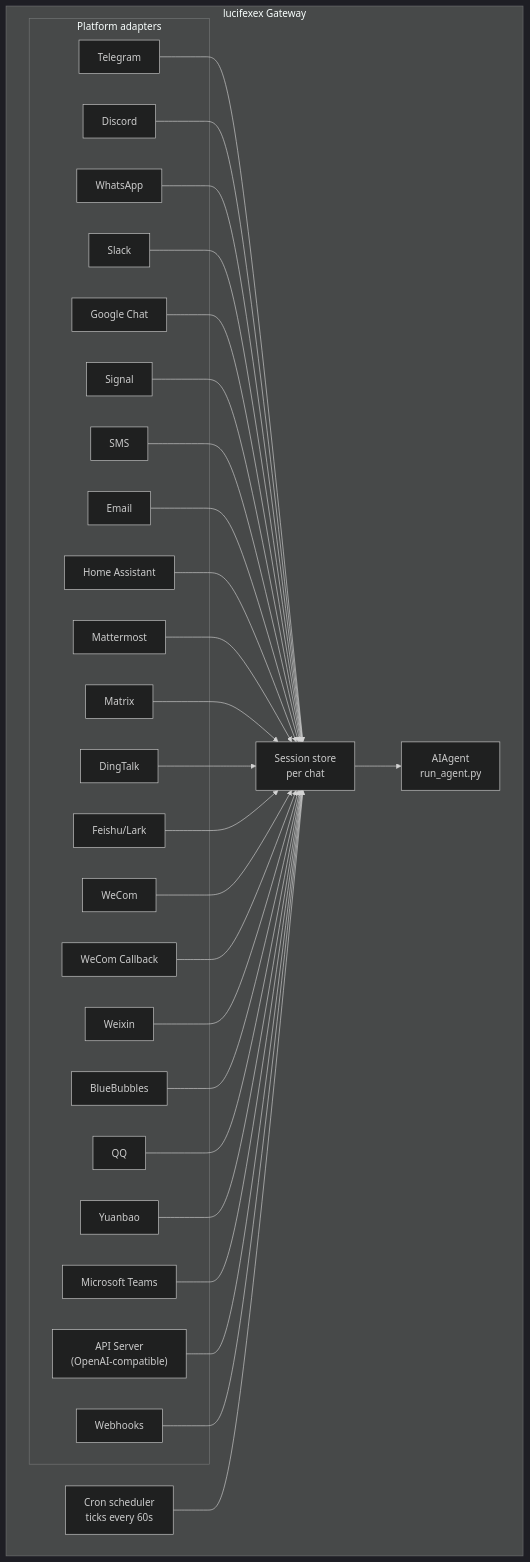
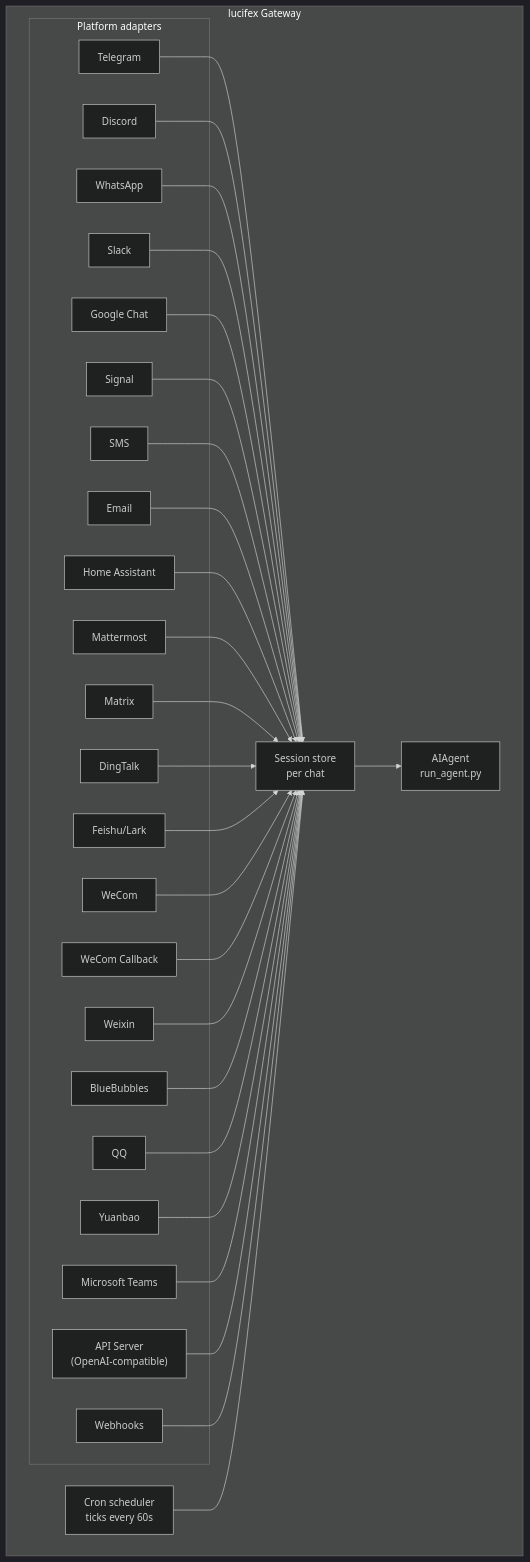
Before and after one commit to Gabrie-yx/lucifexia: the diagram in website/docs/user-guide/messaging/index.md, drawn with Mermaid (dark theme). The commit also changed other lines of this file and 1226 other files, not shown here.

````diff
--- a/website/docs/user-guide/messaging/index.md
+++ b/website/docs/user-guide/messaging/index.md
@@ -50,58 +50,58 @@
 ```mermaid
 flowchart TB
-    subgraph Gateway["lucifexex Gateway"]
+    subgraph Gateway["lucifex Gateway"]
         subgraph Adapters["Platform adapters"]
             tg[Telegram]
             dc[Discord]
             wa[WhatsApp]
             sl[Slack]
             gc[Google Chat]
             sig[Signal]
             sms[SMS]
             em[Email]
             ha[Home Assistant]
             mm[Mattermost]
             mx[Matrix]
             dt[DingTalk]
     fs[Feishu/Lark]
     wc[WeCom]
     wcb[WeCom Callback]
     wx[Weixin]
     bb[BlueBubbles]
     qq[QQ]
     yb[Yuanbao]
     ms[Microsoft Teams]
     api["API Server<br/>(OpenAI-compatible)"]
     wh[Webhooks]
         end
 
         store["Session store<br/>per chat"]
         agent["AIAgent<br/>run_agent.py"]
         cron["Cron scheduler<br/>ticks every 60s"]
     end
 
     tg --> store
     dc --> store
     wa --> store
     sl --> store
     gc --> store
     sig --> store
     sms --> store
     em --> store
     ha --> store
     mm --> store
     mx --> store
     dt --> store
     fs --> store
     wc --> store
     wcb --> store
     wx --> store
     bb --> store
     qq --> store
     yb --> store
     ms --> store
     api --> store
     wh --> store
     store --> agent
     cron --> store
 ```
````
